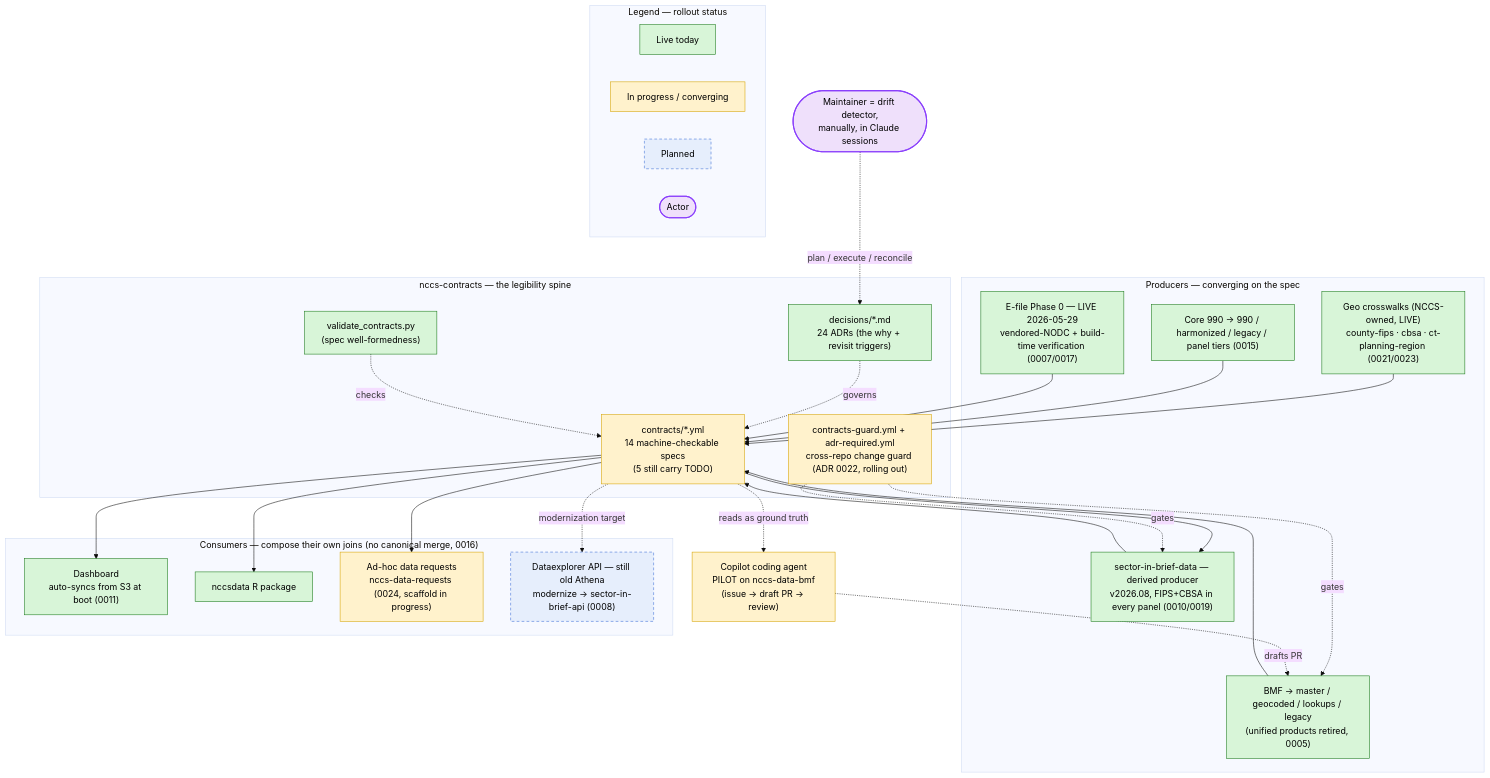
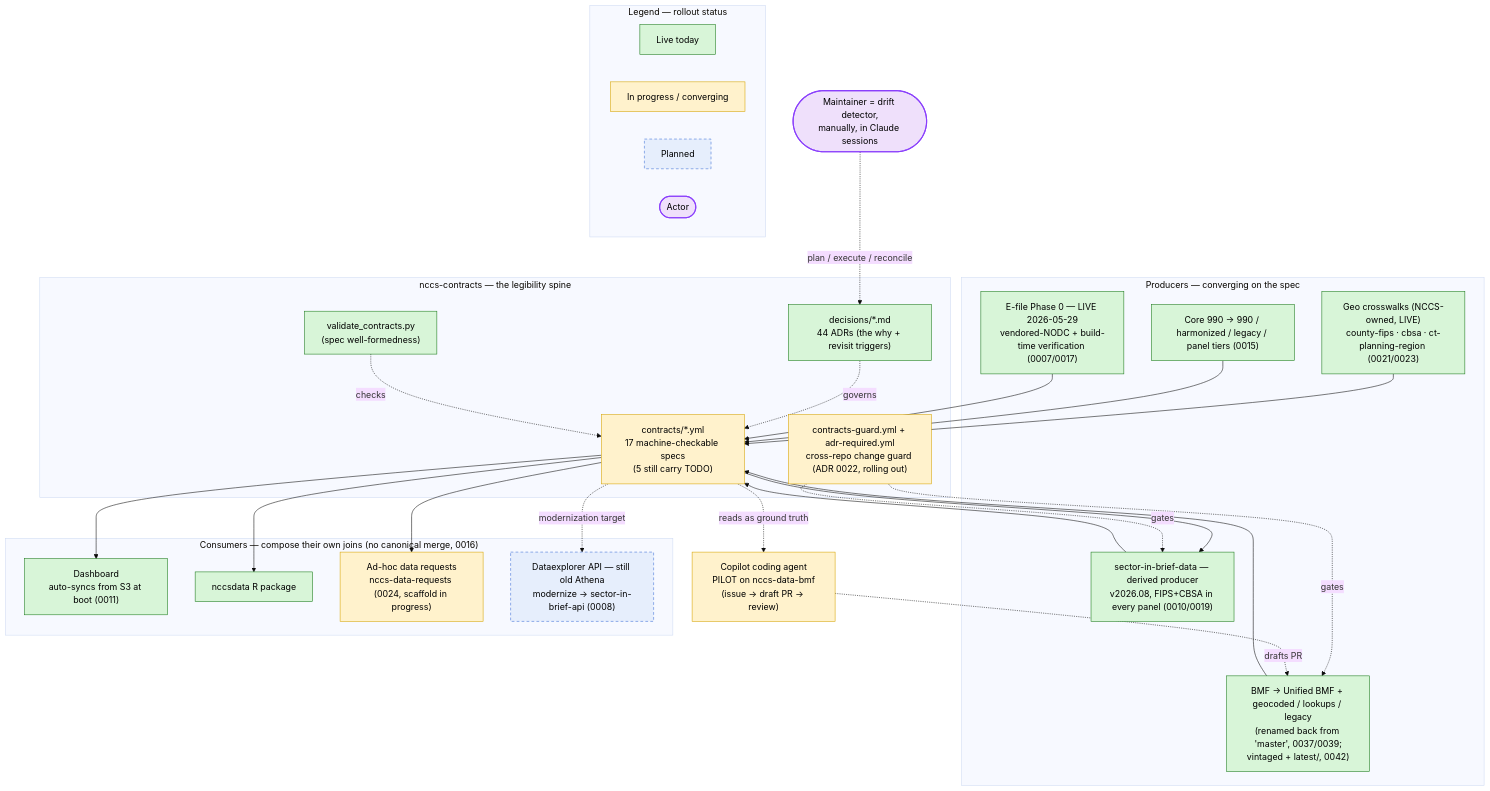
One commit to UrbanInstitute/nccs-contracts changed the second of 3 diagrams in docs/agentic-systems-design.md. Above: the diagram before and after it, drawn with Mermaid (base theme). The commit also changed other lines of this file and 5 other files, not shown here.

````diff
--- a/docs/agentic-systems-design.md
+++ b/docs/agentic-systems-design.md
@@ -90,51 +90,51 @@
 ```mermaid
   flowchart TB
       subgraph SPINE["nccs-contracts — the legibility spine"]
-          contracts["contracts/*.yml<br/>14 machine-checkable specs<br/>(5 still carry TODO)"]:::progress
-          adrs["decisions/*.md<br/>24 ADRs (the why + revisit triggers)"]:::live
+          contracts["contracts/*.yml<br/>17 machine-checkable specs<br/>(5 still carry TODO)"]:::progress
+          adrs["decisions/*.md<br/>44 ADRs (the why + revisit triggers)"]:::live
           validator["validate_contracts.py<br/>(spec well-formedness)"]:::live
           guard["contracts-guard.yml + adr-required.yml<br/>cross-repo change guard (ADR 0022, rolling out)"]:::progress
       end
 
       subgraph PRODN["Producers — converging on the spec"]
-          bmf["BMF → master / geocoded / lookups / legacy<br/>(unified products retired, 0005)"]:::live
+          bmf["BMF → Unified BMF + geocoded / lookups / legacy<br/>(renamed back from 'master', 0037/0039;<br/>vintaged + latest/, 0042)"]:::live
           xwalk["Geo crosswalks (NCCS-owned, LIVE)<br/>county-fips · cbsa · ct-planning-region (0021/0023)"]:::live
           core["Core 990 → 990 / harmonized / legacy / panel tiers (0015)"]:::live
           efile["E-file Phase 0 — LIVE 2026-05-29<br/>vendored-NODC + build-time verification (0007/0017)"]:::live
           sib["sector-in-brief-data — derived producer<br/>v2026.08, FIPS+CBSA in every panel (0010/0019)"]:::live
       end
 
       subgraph CONSN["Consumers — compose their own joins (no canonical merge, 0016)"]
           dash["Dashboard<br/>auto-syncs from S3 at boot (0011)"]:::live
           rpkg["nccsdata R package"]:::live
           adhoc["Ad-hoc data requests<br/>nccs-data-requests (0024, scaffold in progress)"]:::progress
           oldapi["Dataexplorer API — still old Athena<br/>modernize → sector-in-brief-api (0008)"]:::planned
       end
 
       bmf & xwalk & core & efile --> contracts
       sib --> contracts
       contracts --> dash & rpkg & sib & adhoc
       contracts -. modernization target .-> oldapi
       adrs -. governs .-> contracts
       validator -. checks .-> contracts
       guard -. gates .-> bmf & sib
 
       human(["Maintainer = drift detector,<br/>manually, in Claude sessions"]):::actor
       human -. plan / execute / reconcile .-> adrs
       copilot["Copilot coding agent<br/>PILOT on nccs-data-bmf<br/>(issue → draft PR → review)"]:::progress
       contracts -. reads as ground truth .-> copilot
       copilot -. drafts PR .-> bmf
 
       subgraph LEGEND["Legend — rollout status"]
           direction LR
           l1["Live today"]:::live
           l2["In progress / converging"]:::progress
           l3["Planned"]:::planned
           l4(["Actor"]):::actor
       end
 
       classDef live     fill:#d8f5d8,stroke:#1a7a1a,color:#000;
       classDef progress fill:#fff2cc,stroke:#d6a400,color:#000;
       classDef planned  fill:#e6eefc,stroke:#3b6fd6,stroke-dasharray:5 4,color:#000;
       classDef actor    fill:#efe0fb,stroke:#8a3ffc,stroke-width:2px,color:#000;
 ```
````
